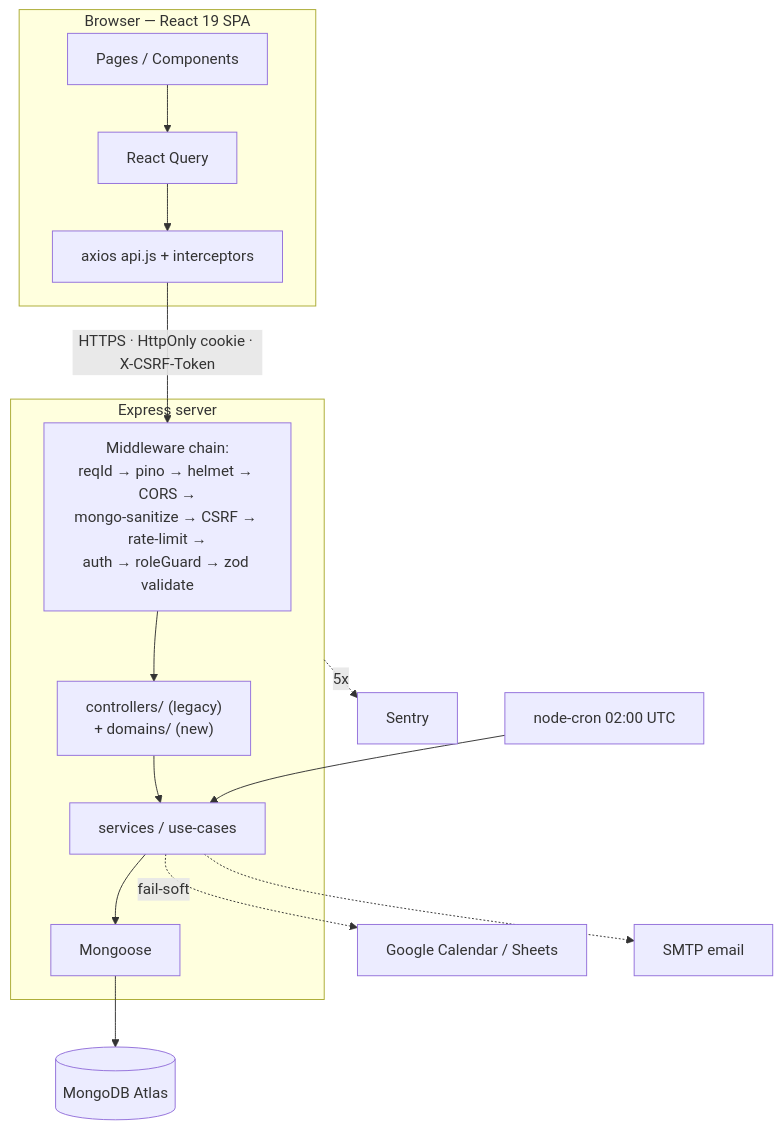
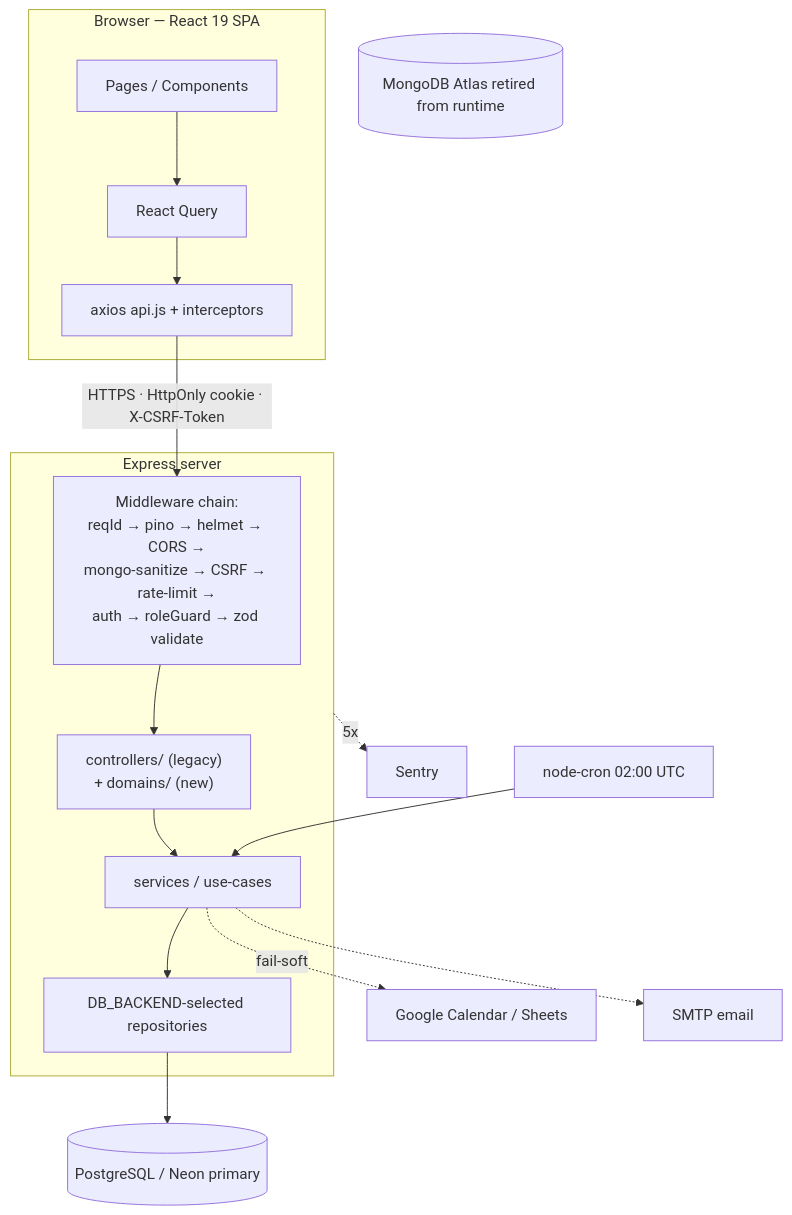
The second of 4 diagrams in docs/system-overview.md (FinanceBullkk/ConCho2), drawn with Mermaid before and after one commit. The commit also changed other lines of this file and 83 other files, not shown here.

````diff
--- a/docs/system-overview.md
+++ b/docs/system-overview.md
@@ -60,20 +60,21 @@
 ```mermaid
 flowchart TD
     subgraph Client["Browser — React 19 SPA"]
         UI[Pages / Components] --> RQ[React Query]
         RQ --> AX[axios api.js + interceptors]
     end
     AX -->|"HTTPS · HttpOnly cookie · X-CSRF-Token"| MW
 
     subgraph Server["Express server"]
         MW["Middleware chain:<br/>reqId → pino → helmet → CORS →<br/>mongo-sanitize → CSRF → rate-limit →<br/>auth → roleGuard → zod validate"]
         MW --> CTRL["controllers/ (legacy)<br/>+ domains/ (new)"]
         CTRL --> SVC[services / use-cases]
-        SVC --> ODM[Mongoose]
+        SVC --> REPO[DB_BACKEND-selected repositories]
     end
-    ODM --> DB[(MongoDB Atlas)]
+    REPO --> PG[(PostgreSQL / Neon primary)]
+    MONGO[(MongoDB Atlas retired from runtime)]
     SVC -.fail-soft.-> GOOG[Google Calendar / Sheets]
     SVC -.-> SMTP[SMTP email]
     Server -.5xx.-> SENTRY[Sentry]
     CRON[node-cron 02:00 UTC] --> SVC
 ```
````
